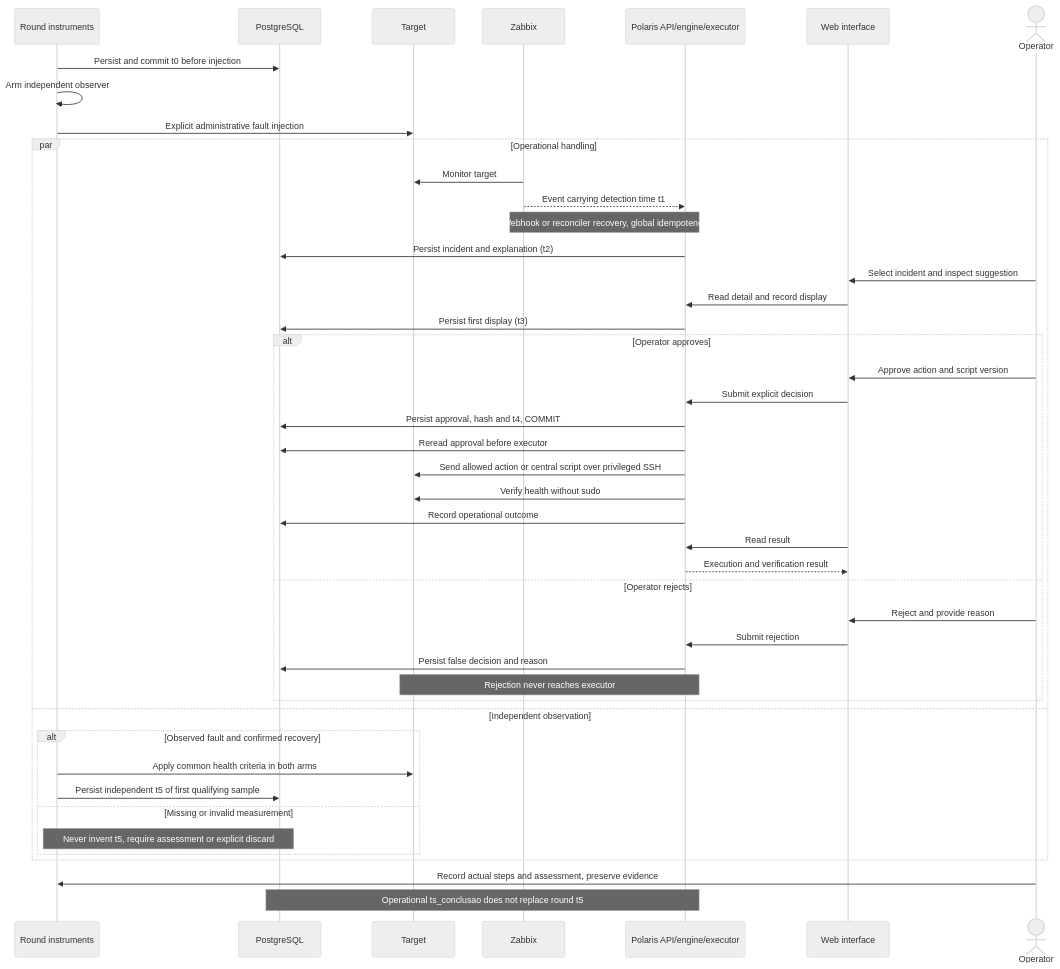
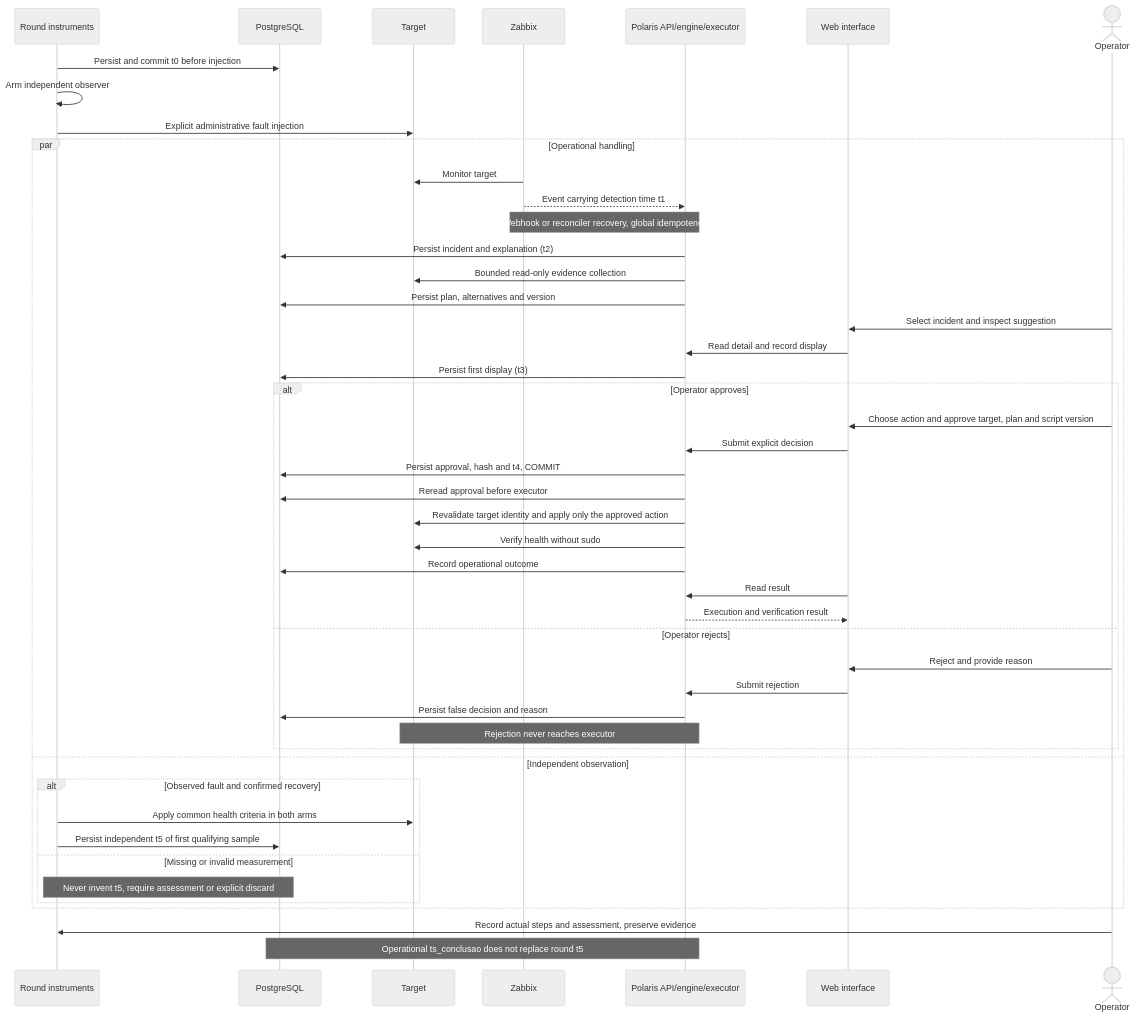
Before and after one commit to cfrans/polaris-dss: the diagram in docs/diagrams/hitl_sequence.mmd, drawn with Mermaid (neutral theme). The commit also changed 46 other files, not shown here.

```diff
--- a/docs/diagrams/hitl_sequence.mmd
+++ b/docs/diagrams/hitl_sequence.mmd
@@ -1,45 +1,47 @@
 sequenceDiagram
   participant C as Round instruments
   participant D as PostgreSQL
   participant T as Target
   participant Z as Zabbix
   participant P as Polaris API/engine/executor
   participant W as Web interface
   actor H as Operator
   C->>D: Persist and commit t0 before injection
   C->>C: Arm independent observer
   C->>T: Explicit administrative fault injection
   par Operational handling
   Z->>T: Monitor target
   Z-->>P: Event carrying detection time t1
   Note over Z,P: Webhook or reconciler recovery, global idempotency
   P->>D: Persist incident and explanation (t2)
+  P->>T: Bounded read-only evidence collection
+  P->>D: Persist plan, alternatives and version
   H->>W: Select incident and inspect suggestion
   W->>P: Read detail and record display
   P->>D: Persist first display (t3)
   alt Operator approves
-    H->>W: Approve action and script version
+    H->>W: Choose action and approve target, plan and script version
     W->>P: Submit explicit decision
     P->>D: Persist approval, hash and t4, COMMIT
     P->>D: Reread approval before executor
-    P->>T: Send allowed action or central script over privileged SSH
+    P->>T: Revalidate target identity and apply only the approved action
     P->>T: Verify health without sudo
     P->>D: Record operational outcome
     W->>P: Read result
     P-->>W: Execution and verification result
   else Operator rejects
     H->>W: Reject and provide reason
     W->>P: Submit rejection
     P->>D: Persist false decision and reason
     Note over P,T: Rejection never reaches executor
   end
   and Independent observation
   alt Observed fault and confirmed recovery
     C->>T: Apply common health criteria in both arms
     C->>D: Persist independent t5 of first qualifying sample
   else Missing or invalid measurement
     Note over C,D: Never invent t5, require assessment or explicit discard
   end
   end
   H->>C: Record actual steps and assessment, preserve evidence
   Note over D,P: Operational ts_conclusao does not replace round t5
```
